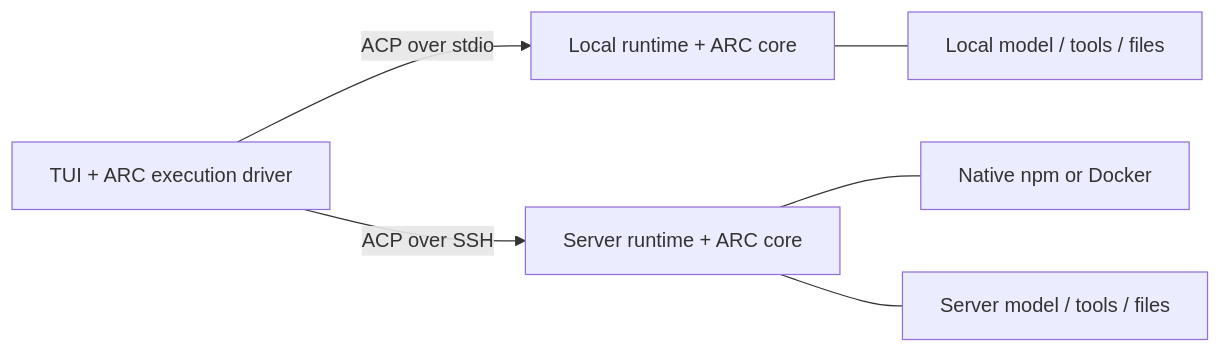
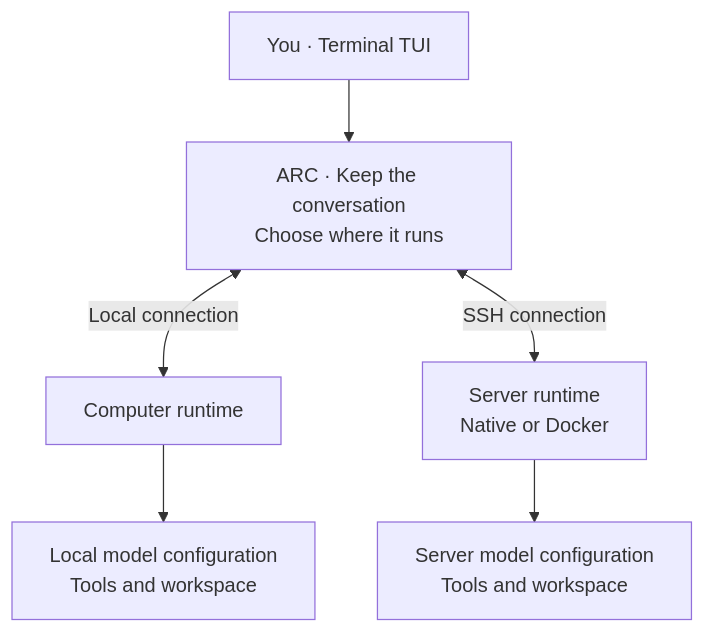
One commit to JasonNing96/dsh-arc changed the diagram in README.md. Above: the diagram before and after it, drawn with Mermaid. The commit also changed other lines of this file and 9 other files, not shown here.

Commit message:
docs: simplify README and use native Mermaid diagrams

````diff
--- a/README.md
+++ b/README.md
@@ -138,8 +10,8 @@
 ```mermaid
-flowchart LR
-  T["TUI + ARC execution driver"] -->|"ACP over stdio"| L["Local runtime + ARC core"]
-  T -->|"ACP over SSH"| R["Server runtime + ARC core"]
-  R --- D["Native npm or Docker"]
-  L --- A["Local model / tools / files"]
-  R --- B["Server model / tools / files"]
+flowchart TB
+  U["You · Terminal TUI"] --> ARC["ARC · Keep the conversation<br/>Choose where it runs"]
+  ARC <-->|"Local connection"| L["Computer runtime"]
+  ARC <-->|"SSH connection"| R["Server runtime<br/>Native or Docker"]
+  L --> LM["Local model configuration<br/>Tools and workspace"]
+  R --> RM["Server model configuration<br/>Tools and workspace"]
 ```
````
